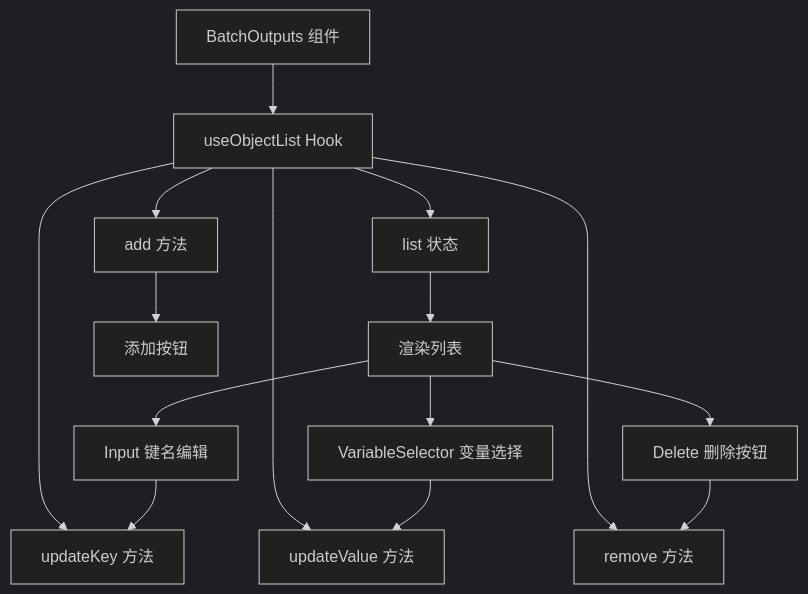
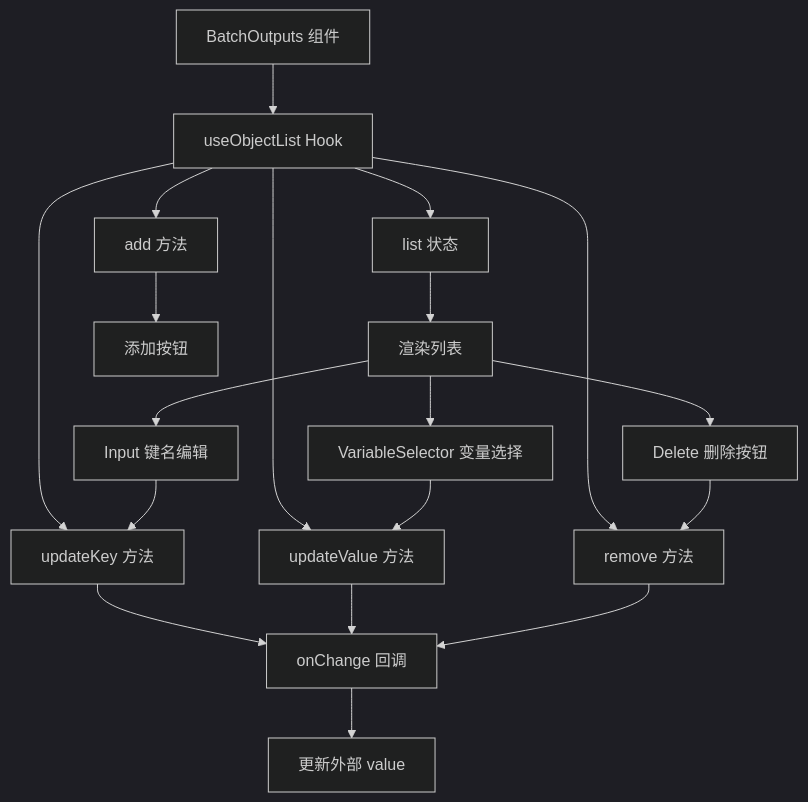
One commit to bytedance/flowgram.ai changed the first of 2 diagrams in apps/docs/src/zh/materials/components/batch-outputs.mdx. Above: the diagram before and after it, drawn with Mermaid (dark theme). The commit also changed other lines of this file and 5 other files, not shown here.

````diff
--- a/apps/docs/src/zh/materials/components/batch-outputs.mdx
+++ b/apps/docs/src/zh/materials/components/batch-outputs.mdx
@@ -140,20 +185,25 @@
 ```mermaid
 graph TD
     A[BatchOutputs 组件] --> B[useObjectList Hook]
     B --> C[list 状态]
     B --> D[add 方法]
     B --> E[updateKey 方法]
     B --> F[updateValue 方法]
     B --> G[remove 方法]
 
     C --> H[渲染列表]
     H --> I[Input 键名编辑]
     H --> J[VariableSelector 变量选择]
     H --> K[Delete 删除按钮]
 
     D --> L[添加按钮]
 
     I --> E
     J --> F
     K --> G
+    
+    E --> M[onChange 回调]
+    F --> M
+    G --> M
+    M --> N[更新外部 value]
 ```
````
